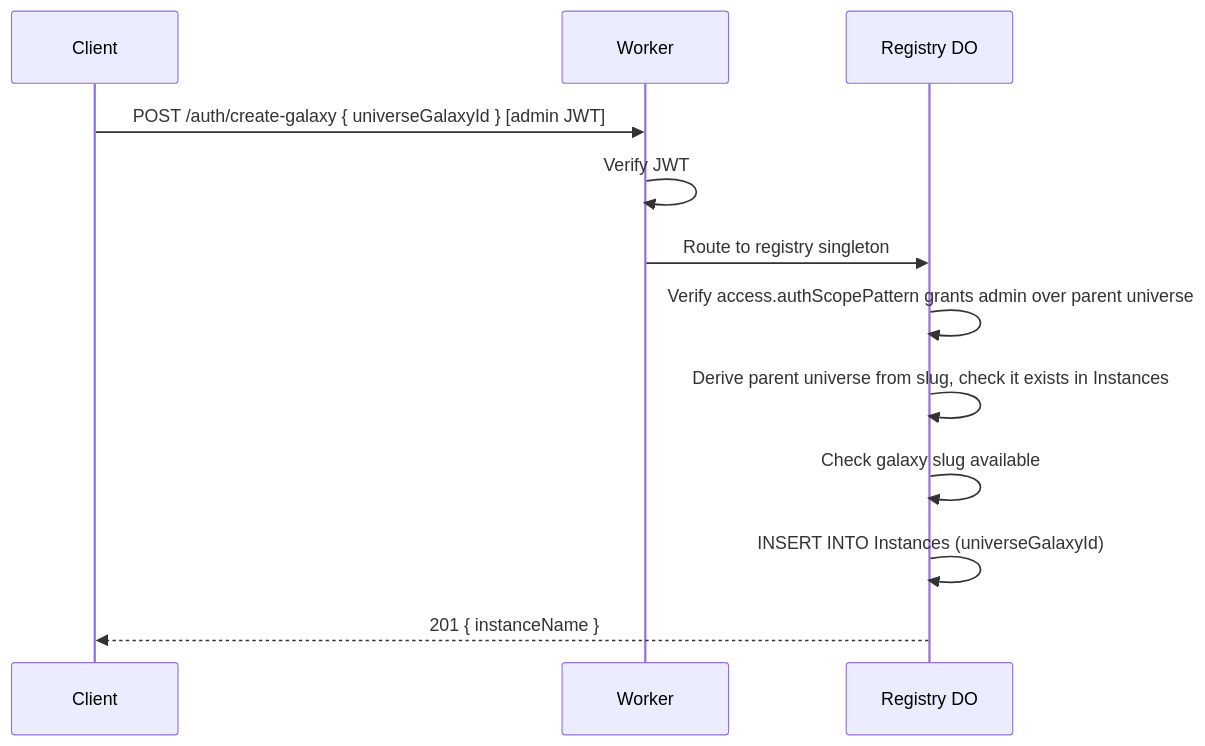
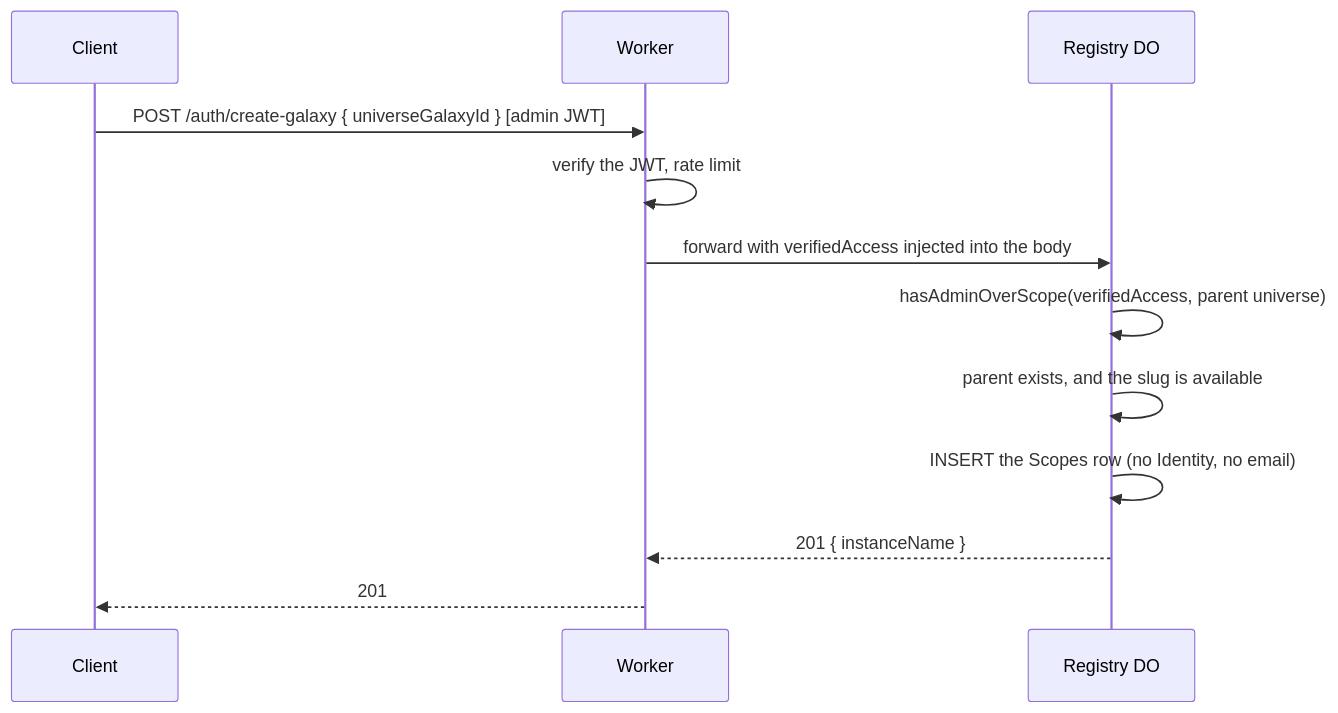
Before and after one commit to lumenize/lumenize: the fifth of 8 diagrams in packages/nebula-auth/README.md, drawn with Mermaid. The commit also changed other lines of this file, not shown here.

First line of the commit message:
docs(nebula-auth): README describes the post-surrogate-sub architecture

````diff
--- a/packages/nebula-auth/README.md
+++ b/packages/nebula-auth/README.md
@@ -260,15 +276,15 @@
 ```mermaid
 sequenceDiagram
     participant C as Client
     participant W as Worker
     participant R as Registry DO
 
     C->>W: POST /auth/create-galaxy { universeGalaxyId } [admin JWT]
-    W->>W: Verify JWT
-    W->>R: Route to registry singleton
-    R->>R: Verify access.authScopePattern grants admin over parent universe
-    R->>R: Derive parent universe from slug, check it exists in Instances
-    R->>R: Check galaxy slug available
-    R->>R: INSERT INTO Instances (universeGalaxyId)
-    R-->>C: 201 { instanceName }
+    W->>W: verify the JWT, rate limit
+    W->>R: forward with verifiedAccess injected into the body
+    R->>R: hasAdminOverScope(verifiedAccess, parent universe)
+    R->>R: parent exists, and the slug is available
+    R->>R: INSERT the Scopes row (no Identity, no email)
+    R-->>W: 201 { instanceName }
+    W-->>C: 201
 ```
````
